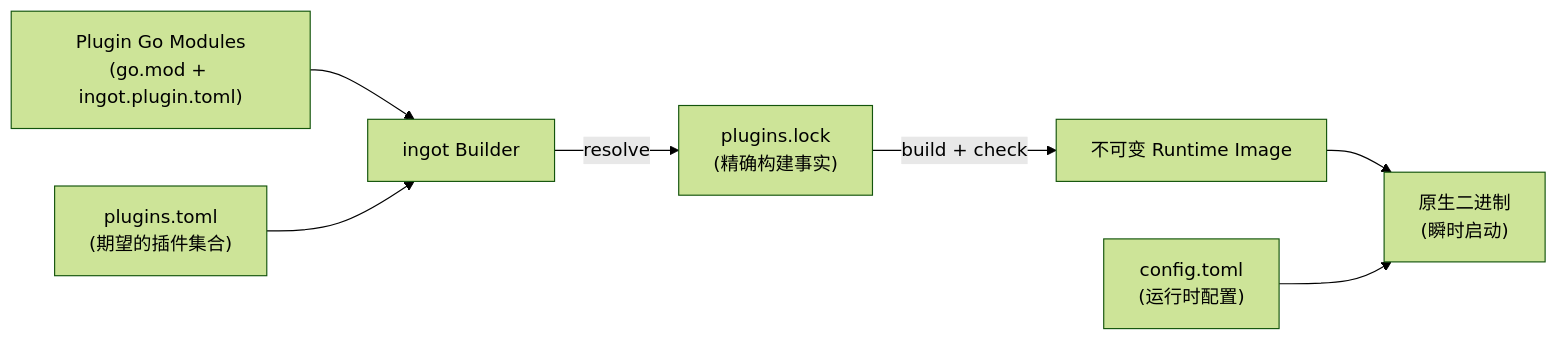
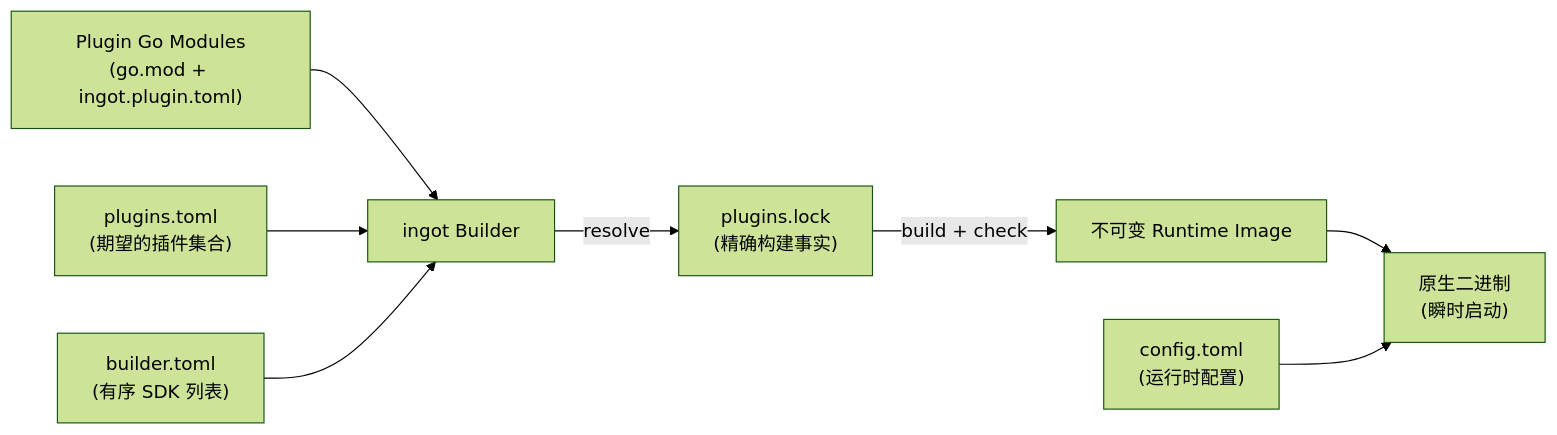
Before and after one commit to ingot-agent/ingot: the diagram in docs/README.zh.md, drawn with Mermaid (forest theme). The commit also changed other lines of this file and 22 other files, not shown here.

````diff
--- a/docs/README.zh.md
+++ b/docs/README.zh.md
@@ -13,9 +13,10 @@
 ```mermaid
 flowchart LR
     Plugins["Plugin Go Modules<br/>(go.mod + ingot.plugin.toml)"] --> Builder["ingot Builder"]
     Desired["plugins.toml<br/>(期望的插件集合)"] --> Builder
+    BuilderConfig["builder.toml<br/>(有序 SDK 列表)"] --> Builder
     Builder -->|resolve| Lock["plugins.lock<br/>(精确构建事实)"]
     Lock -->|build + check| Image["不可变 Runtime Image"]
     Image --> Runtime["原生二进制<br/>(瞬时启动)"]
     Config["config.toml<br/>(运行时配置)"] --> Runtime
 ```
````
